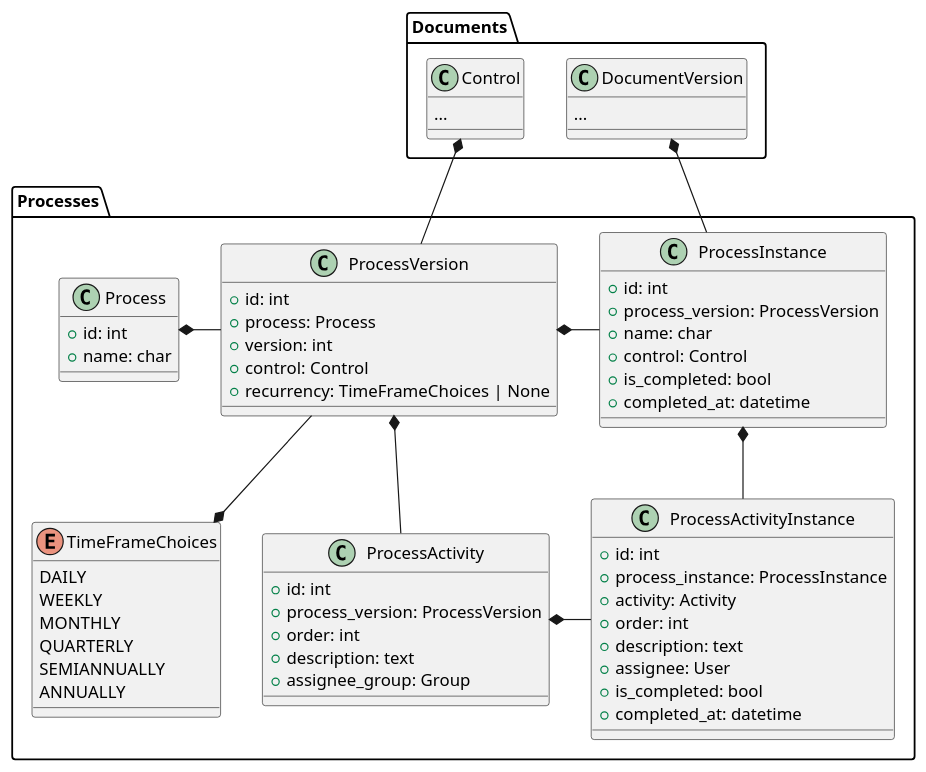
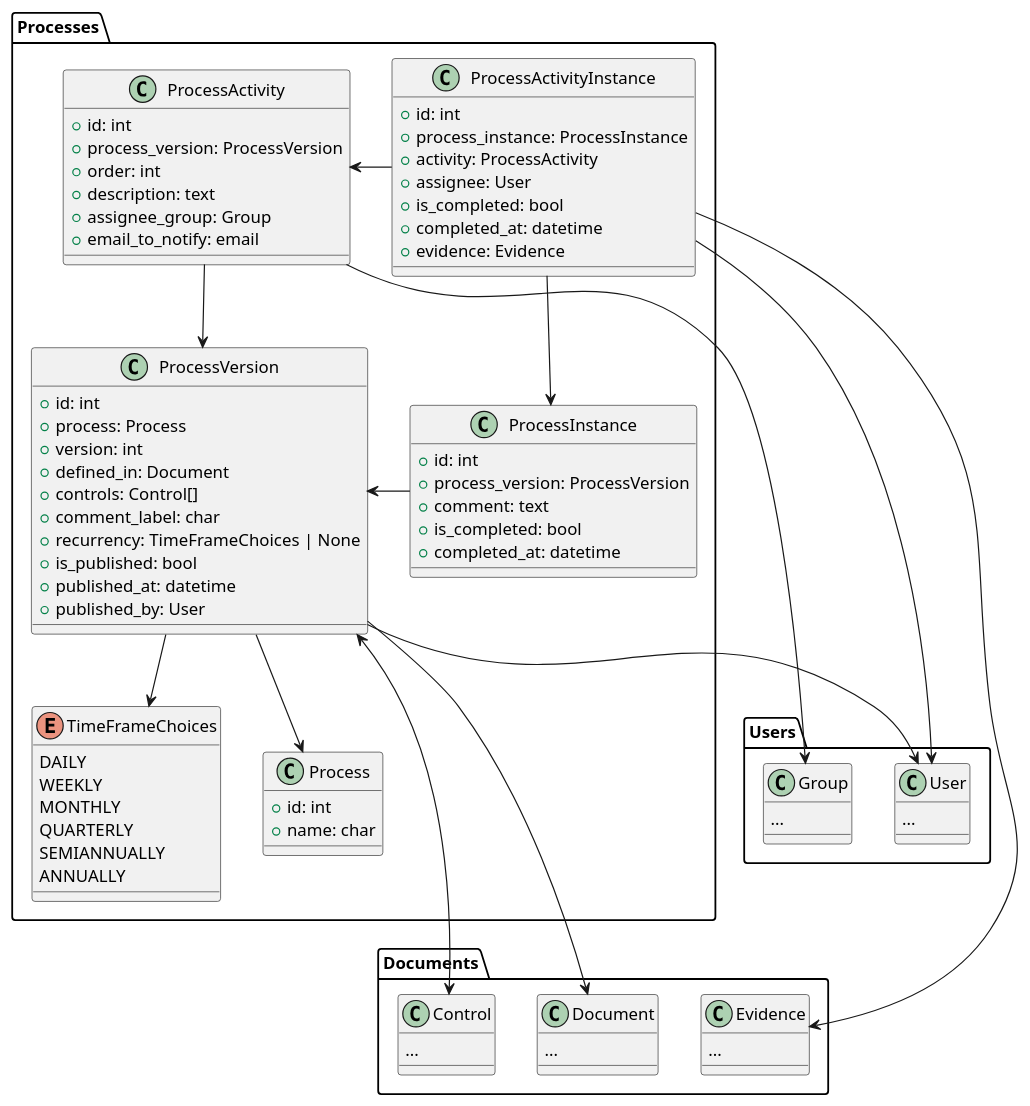
The fourth of 4 diagrams in docs/rfc/InitialModellingRFC.md (Gabo-araya/sgsi_ext), drawn with PlantUML before and after one commit. The commit also changed other lines of this file, not shown here.

````diff
--- a/docs/rfc/InitialModellingRFC.md
+++ b/docs/rfc/InitialModellingRFC.md
@@ -194,14 +185,18 @@
         + id: int
         + process: Process
         + version: int
-        + control: Control
+        + defined_in: Document
+        + controls: Control[]
+        + comment_label: char
         + recurrency: TimeFrameChoices | None
+        + is_published: bool
+        + published_at: datetime
+        + published_by: User
     }
     class ProcessInstance {
         + id: int
         + process_version: ProcessVersion
-        + name: char
-        + control: Control
+        + comment: text
         + is_completed: bool
         + completed_at: datetime
     }
@@ -211,16 +206,16 @@
         + order: int
         + description: text
         + assignee_group: Group
+        + email_to_notify: email
     }
     class ProcessActivityInstance {
         + id: int
         + process_instance: ProcessInstance
-        + activity: Activity
-        + order: int
-        + description: text
+        + activity: ProcessActivity
         + assignee: User
         + is_completed: bool
         + completed_at: datetime
+        + evidence: Evidence
     }
     enum TimeFrameChoices {
         DAILY
@@ -232,21 +227,37 @@
     }
 }
 
+class Documents.Document {
+    ...
+}
+
 class Documents.Control {
     ...
 }
 
-class Documents.DocumentVersion {
+class Documents.Evidence {
+    ...
+}
+
+class Users.User {
+    ...
+}
+
+class Users.Group {
     ...
 }
 
 
-Processes.ProcessVersion -up-* Documents.Control
-Processes.ProcessVersion --* Processes.TimeFrameChoices
-Processes.ProcessInstance -up-* Documents.DocumentVersion
-Processes.ProcessInstance -left* Processes.ProcessVersion
-Processes.ProcessActivity --* Processes.ProcessVersion
-Processes.ProcessVersion -left-* Processes.Process
-Processes.ProcessActivityInstance -* Processes.ProcessActivity
-Processes.ProcessActivityInstance -up-* Processes.ProcessInstance
+Processes.ProcessVersion --> Users.User
+Processes.ProcessVersion -> Documents.Document
+Processes.ProcessVersion <---> Documents.Control
+Processes.ProcessVersion --> Processes.TimeFrameChoices
+Processes.ProcessInstance -> Processes.ProcessVersion
+Processes.ProcessActivity --> Processes.ProcessVersion
+Processes.ProcessActivity -> Users.Group
+Processes.ProcessVersion --> Processes.Process
+Processes.ProcessActivityInstance -> Processes.ProcessActivity
+Processes.ProcessActivityInstance -> Users.User
+Processes.ProcessActivityInstance -> Documents.Evidence
+Processes.ProcessActivityInstance --> Processes.ProcessInstance
 ```
````
